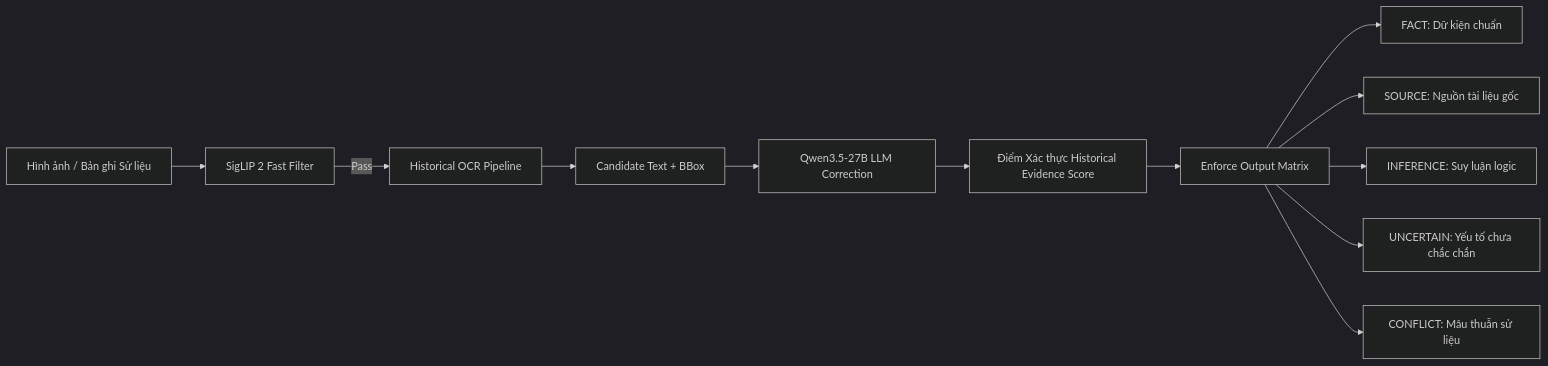
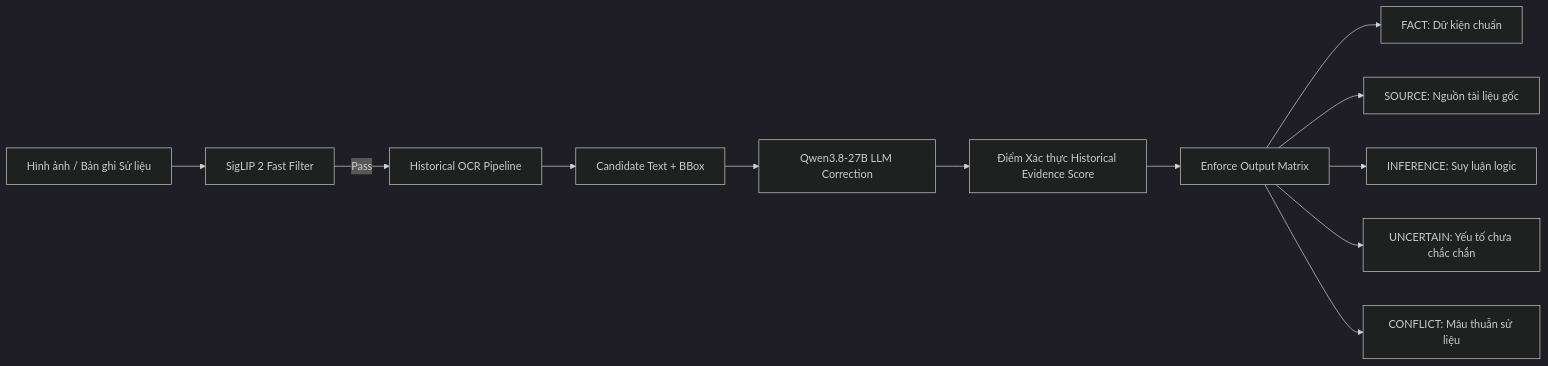
Before and after one commit to TCTri205/ChronoViet: the third of 3 diagrams in docs/guides/MACOS_LOCAL_MODEL_OPTIMIZATION.md, drawn with Mermaid (dark theme). The commit also changed other lines of this file and 62 other files, not shown here.

````diff
--- a/docs/guides/MACOS_LOCAL_MODEL_OPTIMIZATION.md
+++ b/docs/guides/MACOS_LOCAL_MODEL_OPTIMIZATION.md
@@ -474,16 +444,16 @@
 ```mermaid
 flowchart LR
     DocInput[Hình ảnh / Bản ghi Sử liệu] --> SigLIP2Filter[SigLIP 2 Fast Filter]
     SigLIP2Filter -->|Pass| OCRPipeline[Historical OCR Pipeline]
     OCRPipeline --> TextExtract[Candidate Text + BBox]
-    TextExtract --> PostCorrection[Qwen3.5-27B LLM Correction]
+    TextExtract --> PostCorrection[Qwen3.8-27B LLM Correction]
 
     PostCorrection --> ScoreCalc[Điểm Xác thực Historical Evidence Score]
     
     ScoreCalc --> StructEnforce[Enforce Output Matrix]
     StructEnforce --> FACT[FACT: Dữ kiện chuẩn]
     StructEnforce --> SOURCE[SOURCE: Nguồn tài liệu gốc]
     StructEnforce --> INFERENCE[INFERENCE: Suy luận logic]
     StructEnforce --> UNCERTAIN[UNCERTAIN: Yếu tố chưa chắc chắn]
     StructEnforce --> CONFLICT[CONFLICT: Mâu thuẫn sử liệu]
 ```
````
